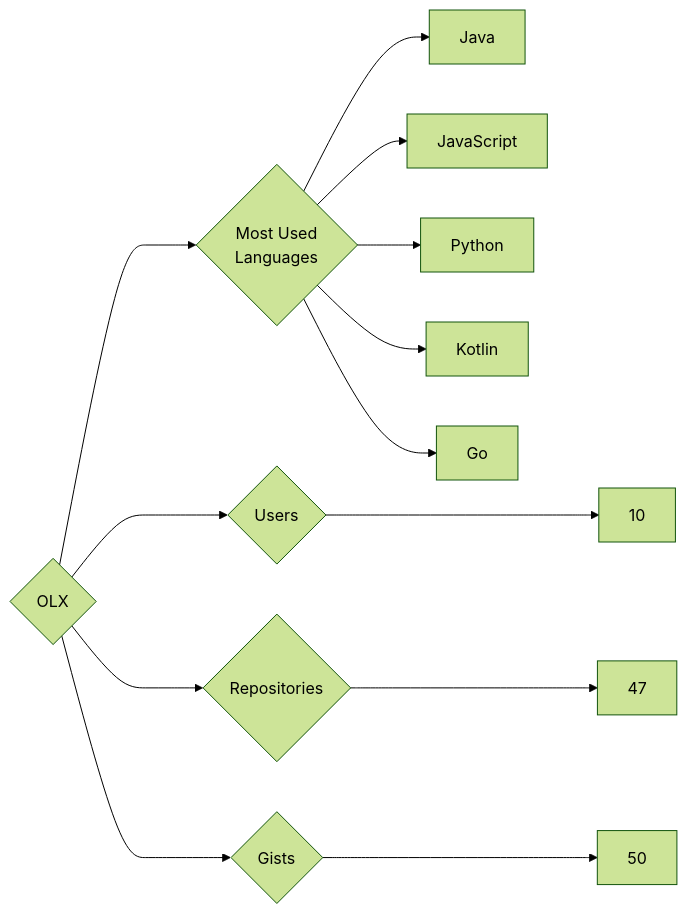
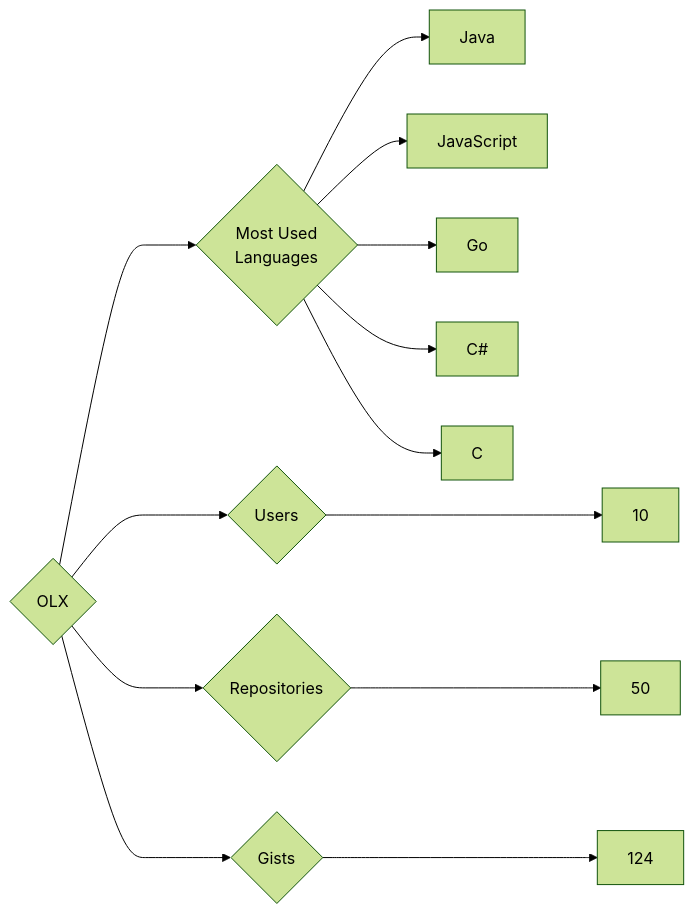
One commit to trickest/insiders changed the diagram in targets/OLX/README.md. Above: the diagram before and after it, drawn with Mermaid (forest theme). The commit also changed 1696 other files, not shown here.

````diff
--- a/targets/OLX/README.md
+++ b/targets/OLX/README.md
@@ -3,13 +3,13 @@
 ```mermaid
 graph LR
 COMPANY_NAME{OLX}
 COMPANY_NAME ---> U{Users} ---> UN[10]
-COMPANY_NAME ---> R{Repositories} ---> RN[47]
-COMPANY_NAME ---> G{Gists} ---> GN[50]
+COMPANY_NAME ---> R{Repositories} ---> RN[50]
+COMPANY_NAME ---> G{Gists} ---> GN[124]
 COMPANY_NAME ---> ML{Most Used<br>Languages}
 ML --> Java[Java]
 ML --> JavaScript[JavaScript]
-ML --> Python[Python]
-ML --> Kotlin[Kotlin]
 ML --> Go[Go]
+ML --> C#[C#]
+ML --> C[C]
 ```
````
